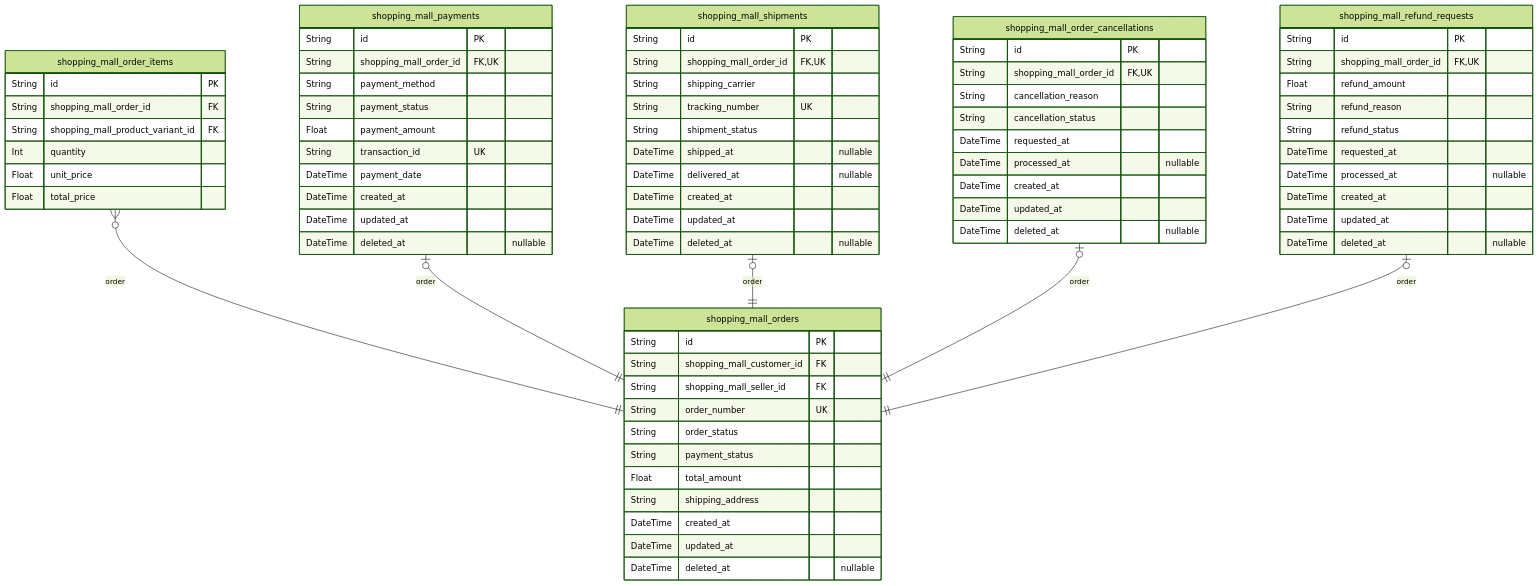
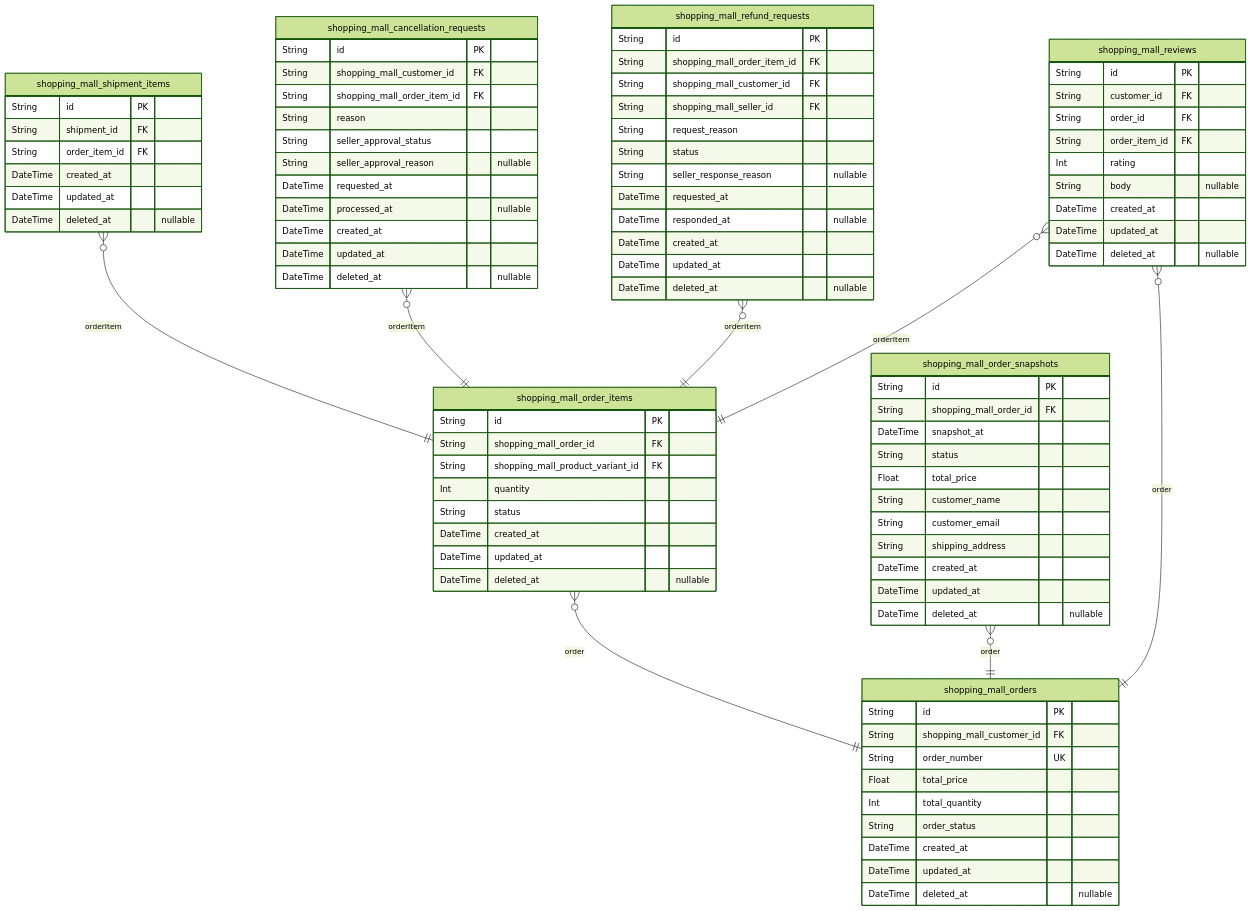
The fifth of 10 diagrams in openai/gpt-4.1-mini/shopping/docs/ERD.md (wrtnlabs/autobe-examples), drawn with Mermaid (forest theme) before and after one commit. The commit also changed other lines of this file and 23872 other files, not shown here.

````diff
--- a/openai/gpt-4.1-mini/shopping/docs/ERD.md
+++ b/openai/gpt-4.1-mini/shopping/docs/ERD.md
@@ -601,12 +1297,10 @@
 "shopping_mall_orders" {
   String id PK
   String shopping_mall_customer_id FK
-  String shopping_mall_seller_id FK
   String order_number UK
+  Float total_price
+  Int total_quantity
   String order_status
-  String payment_status
-  Float total_amount
-  String shipping_address
   DateTime created_at
   DateTime updated_at
   DateTime deleted_at "nullable"
@@ -616,38 +1310,26 @@
   String shopping_mall_order_id FK
   String shopping_mall_product_variant_id FK
   Int quantity
-  Float unit_price
-  Float total_price
-}
-"shopping_mall_payments" {
-  String id PK
-  String shopping_mall_order_id FK,UK
-  String payment_method
-  String payment_status
-  Float payment_amount
-  String transaction_id UK
-  DateTime payment_date
+  String status
   DateTime created_at
   DateTime updated_at
   DateTime deleted_at "nullable"
 }
-"shopping_mall_shipments" {
+"shopping_mall_shipment_items" {
   String id PK
-  String shopping_mall_order_id FK,UK
-  String shipping_carrier
-  String tracking_number UK
-  String shipment_status
-  DateTime shipped_at "nullable"
-  DateTime delivered_at "nullable"
+  String shipment_id FK
+  String order_item_id FK
   DateTime created_at
   DateTime updated_at
   DateTime deleted_at "nullable"
 }
-"shopping_mall_order_cancellations" {
+"shopping_mall_cancellation_requests" {
   String id PK
-  String shopping_mall_order_id FK,UK
-  String cancellation_reason
-  String cancellation_status
+  String shopping_mall_customer_id FK
+  String shopping_mall_order_item_id FK
+  String reason
+  String seller_approval_status
+  String seller_approval_reason "nullable"
   DateTime requested_at
   DateTime processed_at "nullable"
   DateTime created_at
@@ -656,19 +1338,47 @@
 }
 "shopping_mall_refund_requests" {
   String id PK
-  String shopping_mall_order_id FK,UK
-  Float refund_amount
-  String refund_reason
-  String refund_status
+  String shopping_mall_order_item_id FK
+  String shopping_mall_customer_id FK
+  String shopping_mall_seller_id FK
+  String request_reason
+  String status
+  String seller_response_reason "nullable"
   DateTime requested_at
-  DateTime processed_at "nullable"
+  DateTime responded_at "nullable"
+  DateTime created_at
+  DateTime updated_at
+  DateTime deleted_at "nullable"
+}
+"shopping_mall_order_snapshots" {
+  String id PK
+  String shopping_mall_order_id FK
+  DateTime snapshot_at
+  String status
+  Float total_price
+  String customer_name
+  String customer_email
+  String shipping_address
+  DateTime created_at
+  DateTime updated_at
+  DateTime deleted_at "nullable"
+}
+"shopping_mall_reviews" {
+  String id PK
+  String customer_id FK
+  String order_id FK
+  String order_item_id FK
+  Int rating
+  String body "nullable"
   DateTime created_at
   DateTime updated_at
   DateTime deleted_at "nullable"
 }
 "shopping_mall_order_items" }o--|| "shopping_mall_orders" : order
-"shopping_mall_payments" |o--|| "shopping_mall_orders" : order
-"shopping_mall_shipments" |o--|| "shopping_mall_orders" : order
-"shopping_mall_order_cancellations" |o--|| "shopping_mall_orders" : order
-"shopping_mall_refund_requests" |o--|| "shopping_mall_orders" : order
+"shopping_mall_shipment_items" }o--|| "shopping_mall_order_items" : orderItem
+"shopping_mall_cancellation_requests" }o--|| "shopping_mall_order_items" : orderItem
+"shopping_mall_refund_requests" }o--|| "shopping_mall_order_items" : orderItem
+"shopping_mall_order_snapshots" }o--|| "shopping_mall_orders" : order
+"shopping_mall_reviews" }o--|| "shopping_mall_orders" : order
+"shopping_mall_reviews" }o--|| "shopping_mall_order_items" : orderItem
 ```
````
